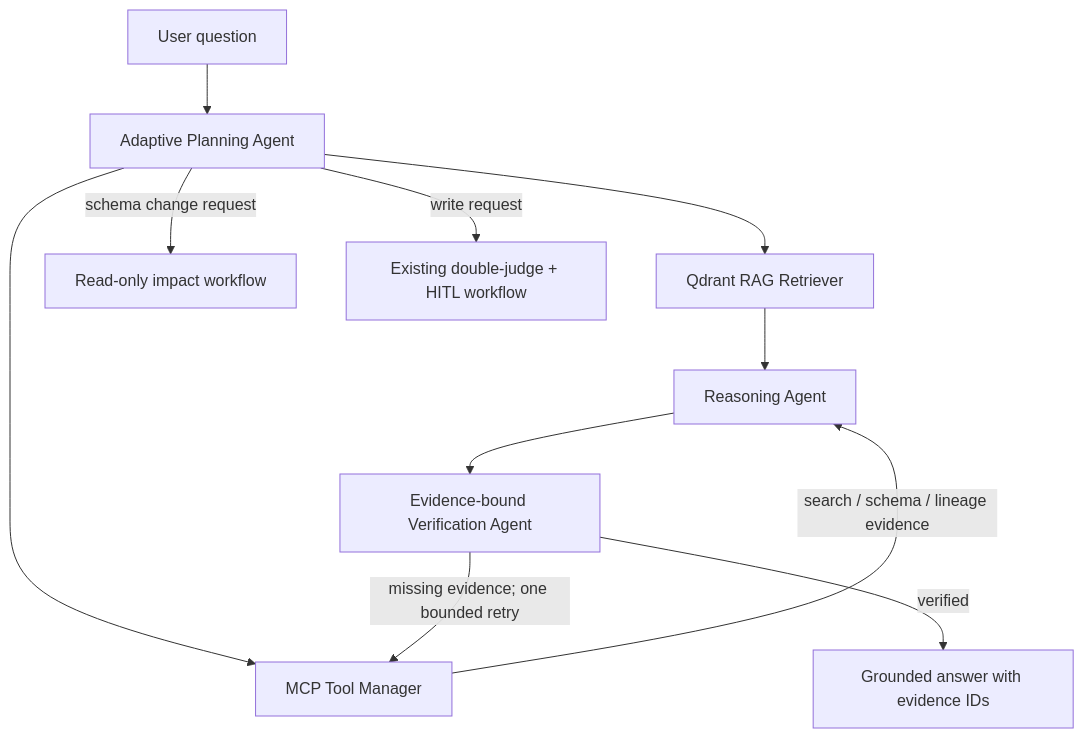
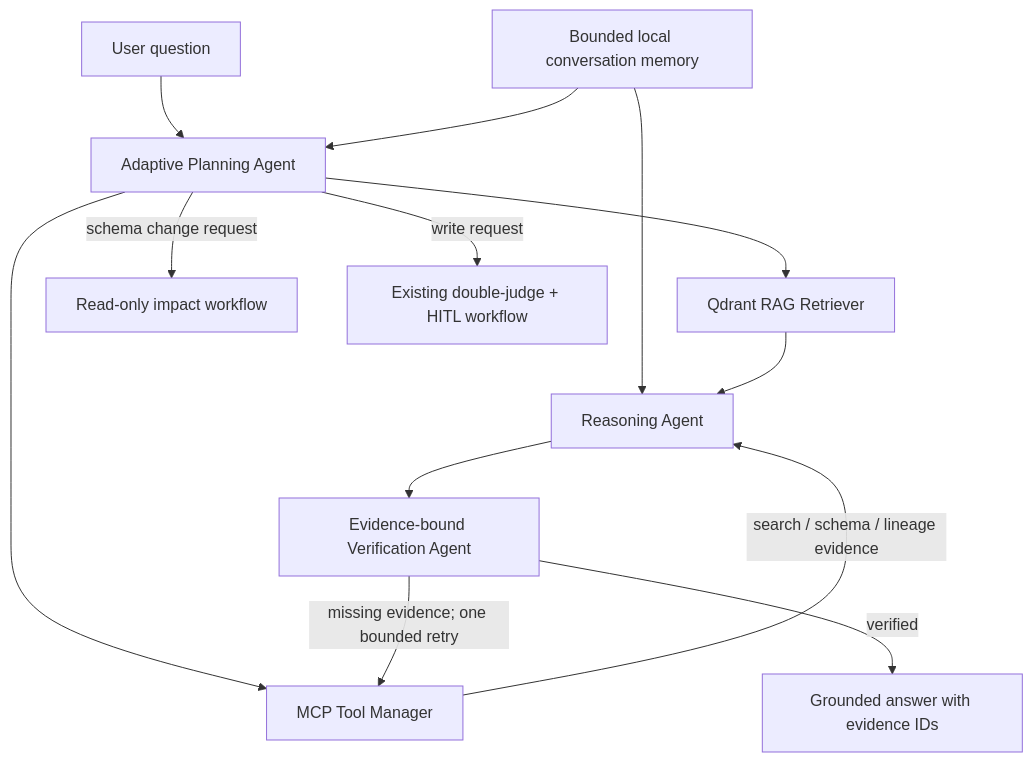
One commit to omarfh111/LineageGuard-AI changed the second of 4 diagrams in README.md. Above: the diagram before and after it, drawn with Mermaid. The commit also changed other lines of this file and 24 other files, not shown here.

````diff
--- a/README.md
+++ b/README.md
@@ -60,13 +60,15 @@
 ```mermaid
 flowchart TD
     Q[User question] --> P[Adaptive Planning Agent]
+    MEM[Bounded local conversation memory] --> P
+    MEM --> X
     P --> R[Qdrant RAG Retriever]
     P --> M[MCP Tool Manager]
     R --> X[Reasoning Agent]
     M -->|search / schema / lineage evidence| X
     X --> V[Evidence-bound Verification Agent]
     V -->|missing evidence; one bounded retry| M
     V -->|verified| A[Grounded answer with evidence IDs]
     P -->|schema change request| W[Read-only impact workflow]
-    P -->|write request| H[Existing double-judge + HITL workflow]
+    P -->|write request| HITL[Existing double-judge + HITL workflow]
 ```
````
